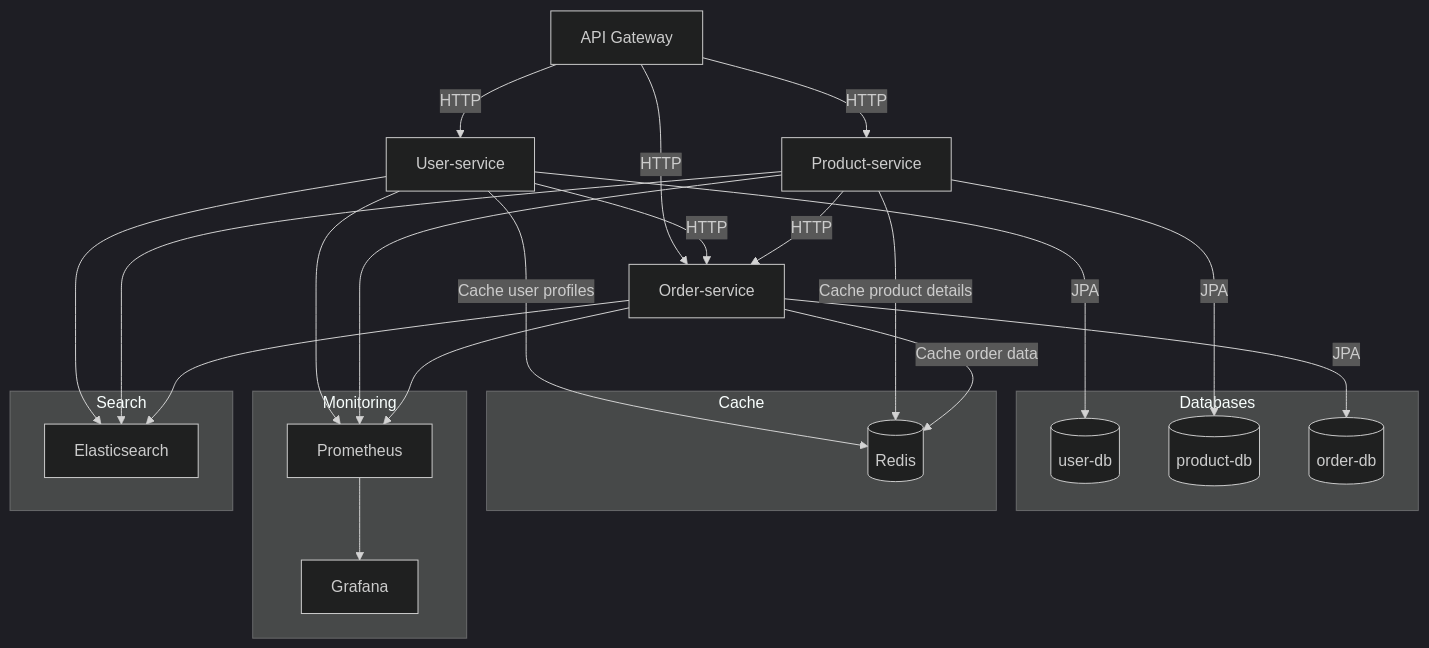
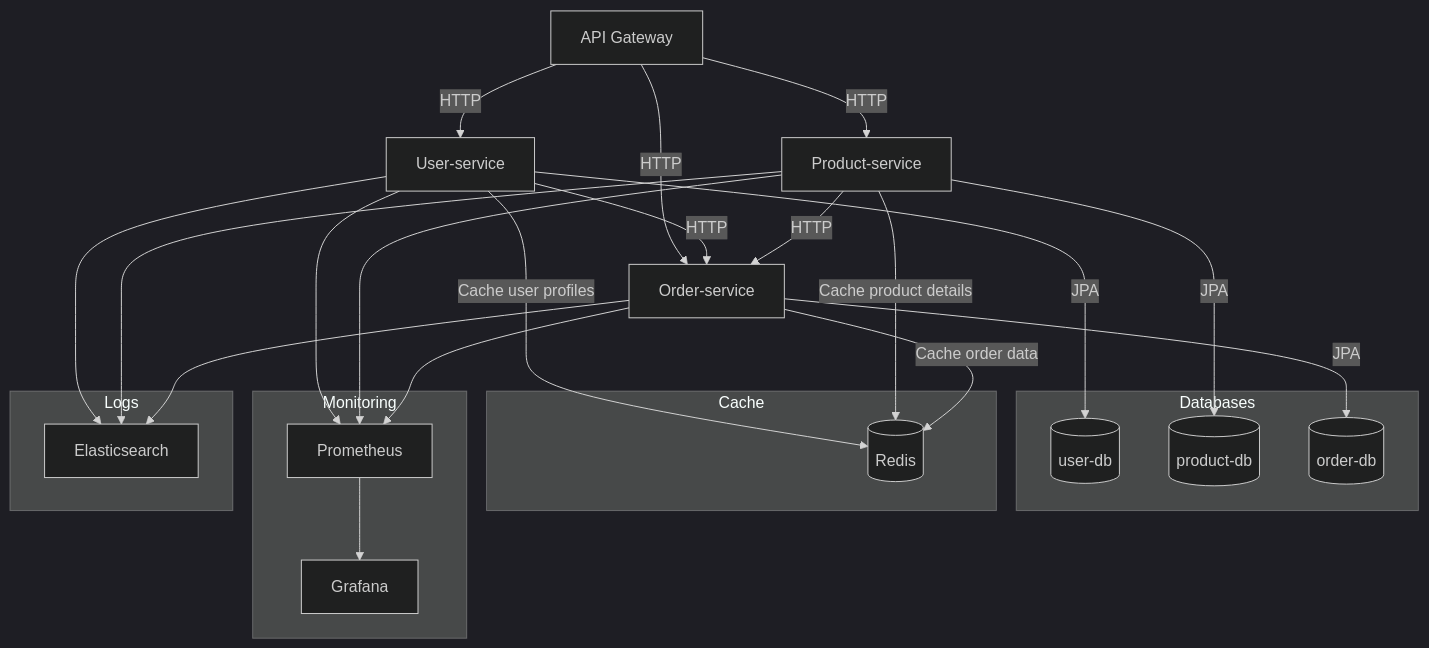
The diagram in README.md (ult1mq/orderSimulationProject), drawn with Mermaid (dark theme) before and after one commit. The commit also changed other lines of this file, not shown here.

````diff
--- a/README.md
+++ b/README.md
@@ -17,50 +17,50 @@
 ```mermaid
 graph TD
     %% API Gateway
     G[API Gateway] -- HTTP --> A[User-service]
     G -- HTTP --> B[Product-service]
     G -- HTTP --> C[Order-service]
 
     %% Сервисы
     A[User-service] -- HTTP --> C[Order-service]
     B[Product-service] -- HTTP --> C[Order-service]
 
     %% Базы данных
     subgraph Databases
       D1[(user-db)]
       D2[(product-db)]
       D3[(order-db)]
     end
     A -- JPA --> D1
     B -- JPA --> D2
     C -- JPA --> D3
 
     %% Кэширование
     subgraph Cache
       R[(Redis)]
     end
     A -- Cache user profiles --> R
     B -- Cache product details --> R
     C -- Cache order data --> R
 
     %% Мониторинг и визуализация
     subgraph Monitoring
       P[Prometheus]
       Gf[Grafana]
     end
     A --> P
     B --> P
     C --> P
     P --> Gf
 
     %% Поиск и логирование
-    subgraph Search
+    subgraph Logs
       E[Elasticsearch]
     end
     A --> E
     B --> E
     C --> E
 
 
 
 ```
````
